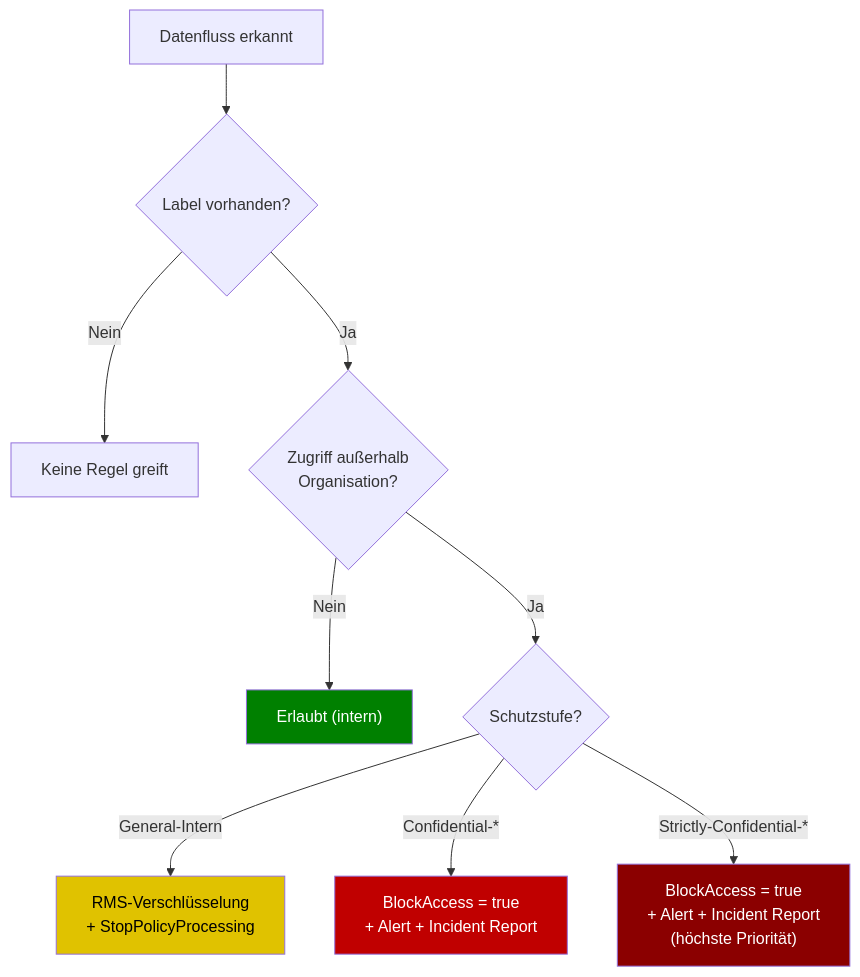
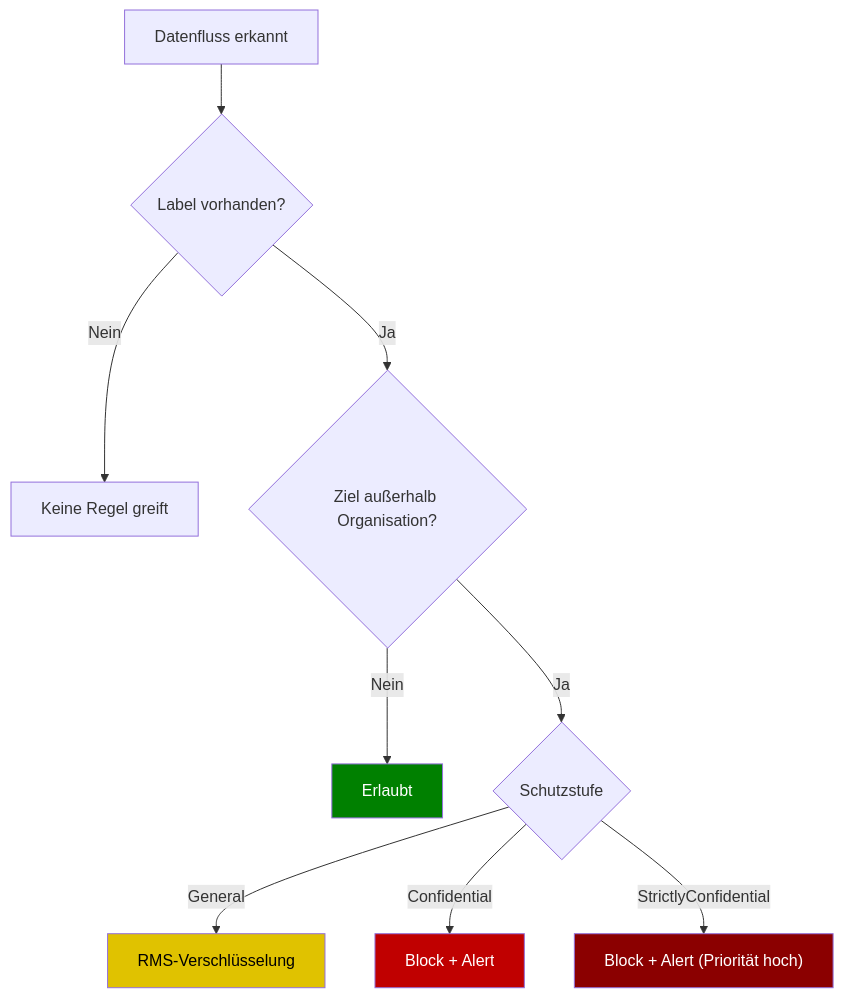
The third of 10 diagrams in Roadmap/Visualisierungen.md (WeissiEfficiency/Purview), drawn with Mermaid before and after one commit. The commit also changed other lines of this file, not shown here.

Commit message:
Roadmap: Visualisierungen ueberarbeitet - technische Fehler behoben, RACI als Tabelle, klarere Layouts

````diff
--- a/Roadmap/Visualisierungen.md
+++ b/Roadmap/Visualisierungen.md
@@ -55,16 +52,16 @@
 ```mermaid
 flowchart TD
     Start["Datenfluss erkannt"] --> Label{"Label vorhanden?"}
-    Label -- "Nein" --> NoMatch["Keine Regel greift"]
-    Label -- "Ja" --> Scope{"Zugriff außerhalb<br/>Organisation?"}
-    Scope -- "Nein" --> Internal["Erlaubt (intern)"]
-    Scope -- "Ja" --> Level{"Schutzstufe?"}
-    Level -- "General-Intern" --> Encrypt["RMS-Verschlüsselung<br/>+ StopPolicyProcessing"]
-    Level -- "Confidential-*" --> Block["BlockAccess = true<br/>+ Alert + Incident Report"]
-    Level -- "Strictly-Confidential-*" --> BlockHard["BlockAccess = true<br/>+ Alert + Incident Report<br/>(höchste Priorität)"]
+    Label -- Nein --> NoMatch["Keine Regel greift"]
+    Label -- Ja --> Scope{"Ziel außerhalb Organisation?"}
+    Scope -- Nein --> Internal["Erlaubt"]
+    Scope -- Ja --> Level{"Schutzstufe"}
+    Level -- General --> Encrypt["RMS-Verschlüsselung"]
+    Level -- Confidential --> Block["Block + Alert"]
+    Level -- StrictlyConfidential --> BlockHard["Block + Alert (Priorität hoch)"]
 
     style Block fill:#c00000,color:#fff
     style BlockHard fill:#8b0000,color:#fff
     style Encrypt fill:#e0c200,color:#000
     style Internal fill:#008000,color:#fff
 ```
````
